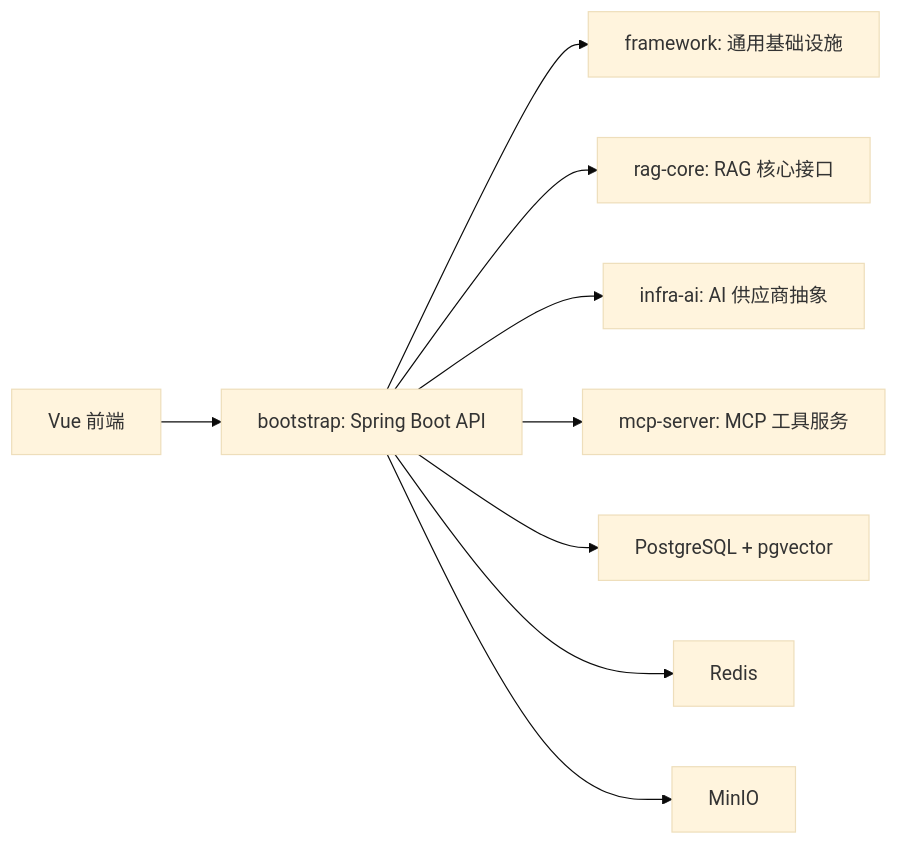
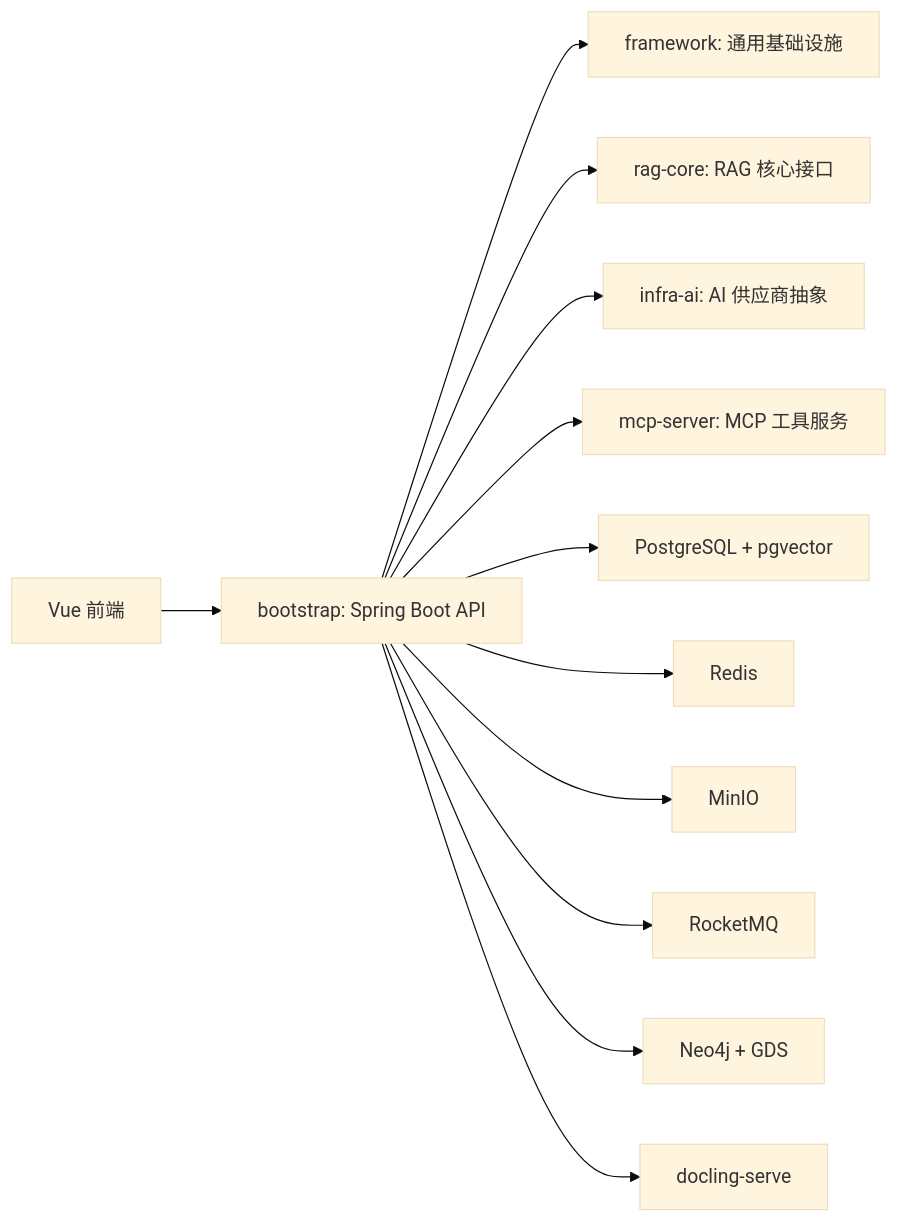
One commit to cxzcanying/Rag2Agent changed the diagram in docs/tech-selection.md. Above: the diagram before and after it, drawn with Mermaid (base theme). The commit also changed other lines of this file and 20 other files, not shown here.

````diff
--- a/docs/tech-selection.md
+++ b/docs/tech-selection.md
@@ -245,11 +298,14 @@
 ```mermaid
 flowchart LR
   Vue["Vue 前端"] --> Bootstrap["bootstrap: Spring Boot API"]
   Bootstrap --> Framework["framework: 通用基础设施"]
   Bootstrap --> RagCore["rag-core: RAG 核心接口"]
   Bootstrap --> InfraAi["infra-ai: AI 供应商抽象"]
   Bootstrap --> Mcp["mcp-server: MCP 工具服务"]
   Bootstrap --> Postgres["PostgreSQL + pgvector"]
   Bootstrap --> Redis["Redis"]
   Bootstrap --> MinIO["MinIO"]
+  Bootstrap --> RocketMQ["RocketMQ"]
+  Bootstrap --> Neo4j["Neo4j + GDS"]
+  Bootstrap --> Docling["docling-serve"]
 ```
````
